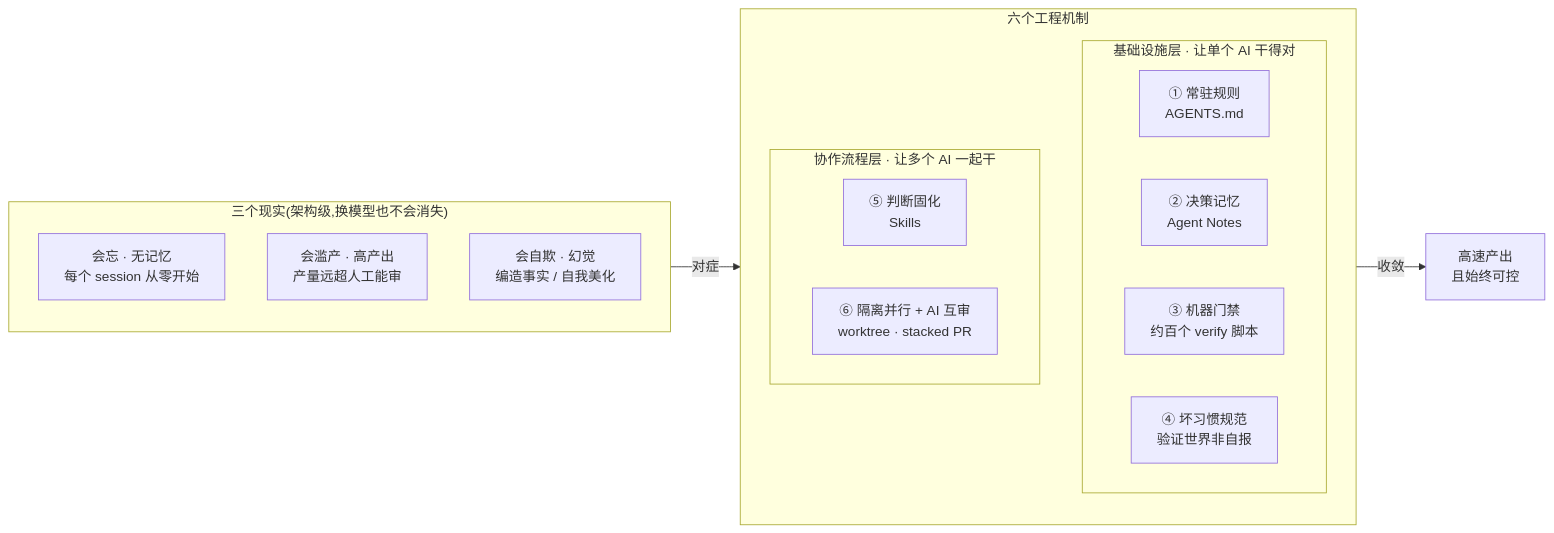
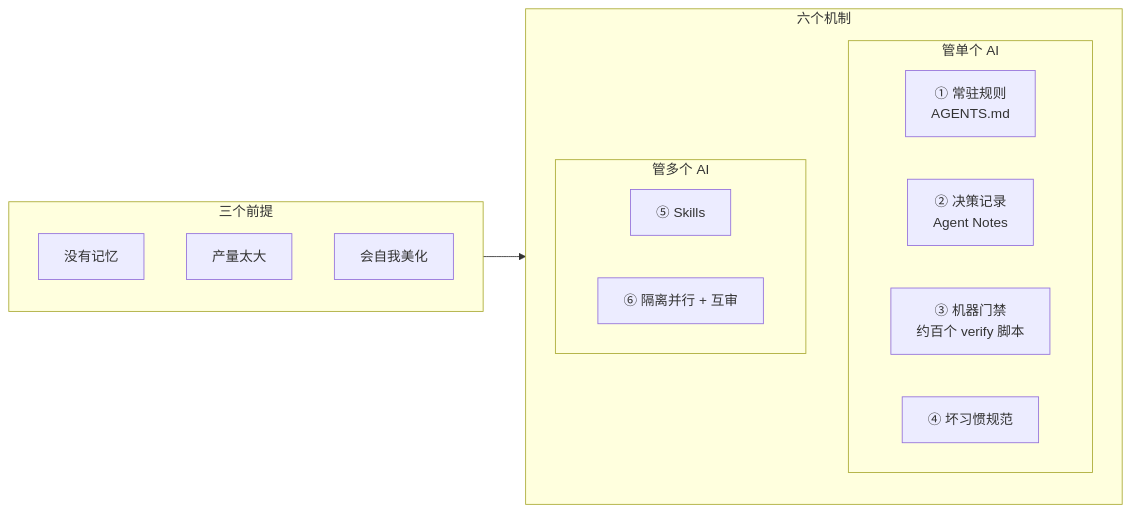
One commit to zszz3/dsh-VibeCoding changed the first of 5 diagrams in README.md. Above: the diagram before and after it, drawn with Mermaid. The commit also changed other lines of this file and 148 other files, not shown here.

````diff
--- a/README.md
+++ b/README.md
@@ -30,26 +21,25 @@
 ```mermaid
 flowchart LR
-  subgraph R["三个现实(架构级,换模型也不会消失)"]
+  subgraph R["三个前提"]
     direction TB
-    R1["会忘 · 无记忆<br/>每个 session 从零开始"]
-    R2["会滥产 · 高产出<br/>产量远超人工能审"]
-    R3["会自欺 · 幻觉<br/>编造事实 / 自我美化"]
+    R1["没有记忆"]
+    R2["产量太大"]
+    R3["会自我美化"]
   end
-  subgraph M["六个工程机制"]
+  subgraph M["六个机制"]
     direction TB
-    subgraph I["基础设施层 · 让单个 AI 干得对"]
+    subgraph I["管单个 AI"]
       direction LR
       M1["① 常驻规则<br/>AGENTS.md"]
-      M2["② 决策记忆<br/>Agent Notes"]
+      M2["② 决策记录<br/>Agent Notes"]
       M3["③ 机器门禁<br/>约百个 verify 脚本"]
-      M4["④ 坏习惯规范<br/>验证世界非自报"]
+      M4["④ 坏习惯规范"]
     end
-    subgraph C["协作流程层 · 让多个 AI 一起干"]
+    subgraph C["管多个 AI"]
       direction LR
-      M5["⑤ 判断固化<br/>Skills"]
-      M6["⑥ 隔离并行 + AI 互审<br/>worktree · stacked PR"]
+      M5["⑤ Skills"]
+      M6["⑥ 隔离并行 + 互审"]
     end
   end
-  OUT["高速产出<br/>且始终可控"]
-  R -->|对症| M -->|收敛| OUT
+  R --> M
 ```
````
